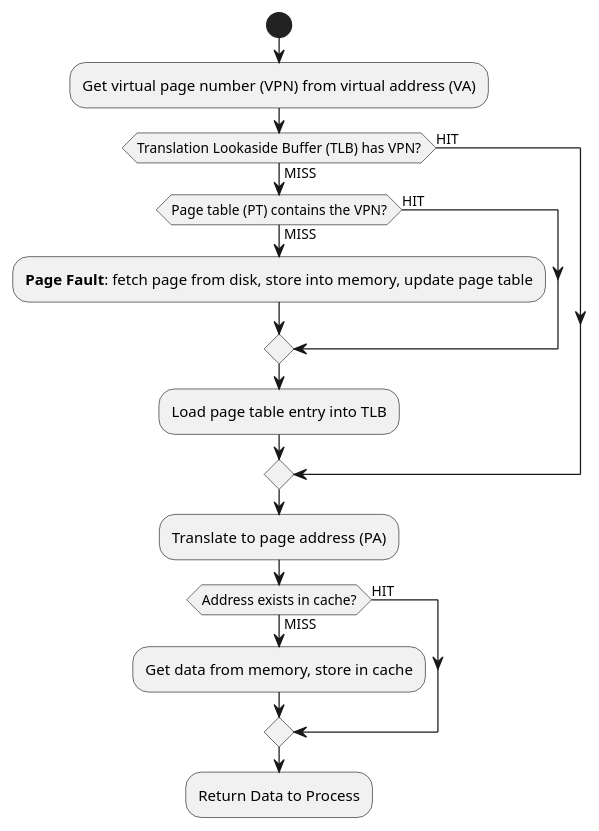
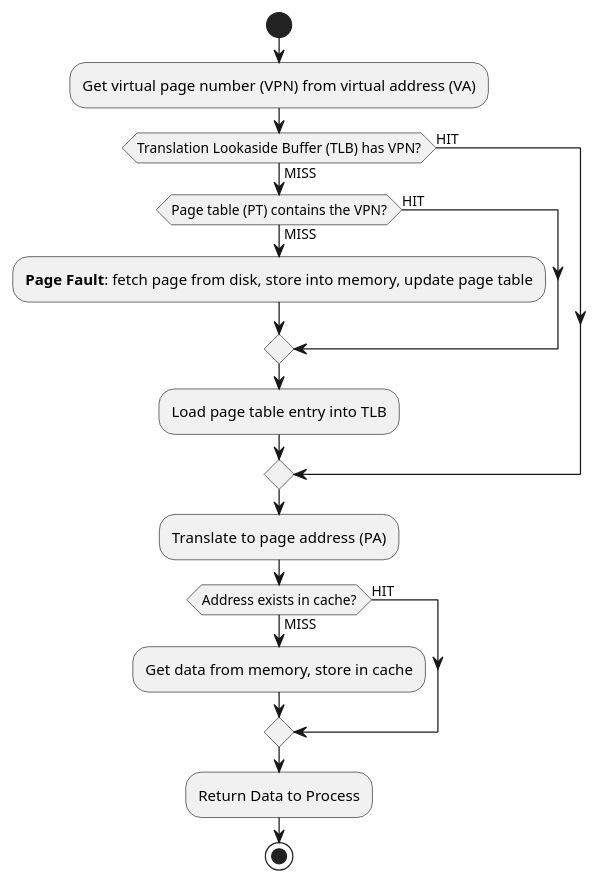
Before and after one commit to ashwinreddy/wiki: the second of 2 diagrams in Computer-Science/Translation lookaside buffer.md, drawn with PlantUML.

Commit message:
Updated Translation lookaside buffer.md (markdown)

```diff
--- a/Computer-Science/Translation lookaside buffer.md
+++ b/Computer-Science/Translation lookaside buffer.md
@@ -24,19 +24,20 @@
 @startuml
 !pragma useVerticalIf on
 start
 :Get virtual page number (VPN) from virtual address (VA);
 if (Translation Lookaside Buffer (TLB) has VPN?) then (HIT)
 else (MISS)
     if (Page table (PT) contains the VPN?) then (HIT)
     else (MISS)
     :**Page Fault**: fetch page from disk, store into memory, update page table;
     endif
     :Load page table entry into TLB;
 endif
 :Translate to page address (PA);
 if (Address exists in cache?) then (HIT)
 else (MISS)
 :Get data from memory, store in cache;
 endif
 :Return Data to Process;
+stop
 @enduml
```
